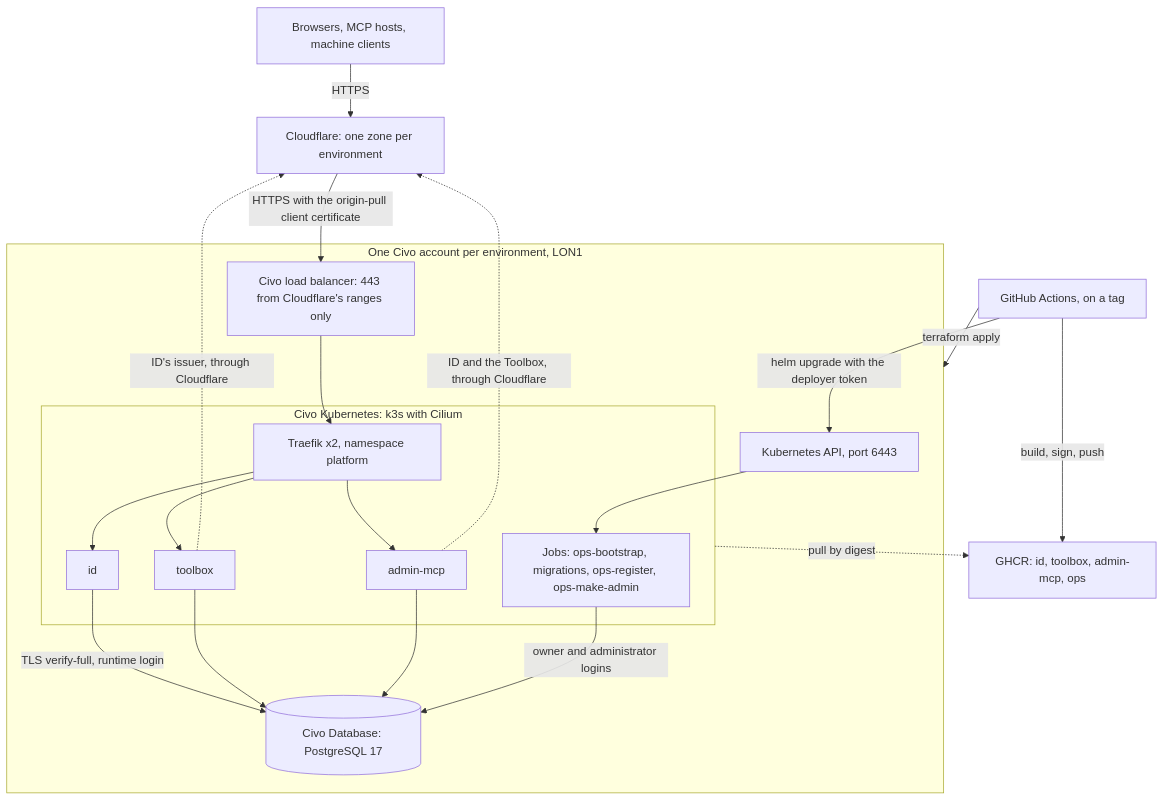
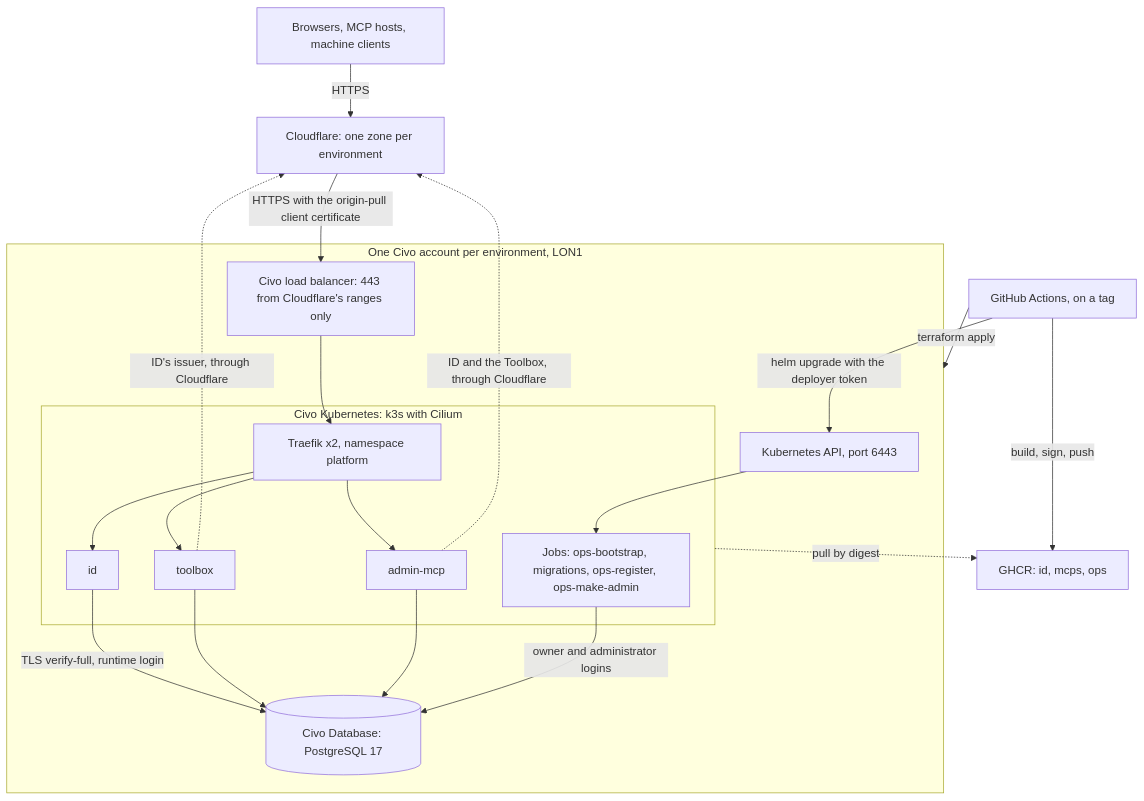
The diagram in docs/12-deployment.md (Rieranthony/answerable-monorepo), drawn with Mermaid before and after one commit. The commit also changed other lines of this file and 491 other files, not shown here.

First line of the commit message:
Type every service's configuration, and make, serve and ship MCPs with bun mcp (#13)

````diff
--- a/docs/12-deployment.md
+++ b/docs/12-deployment.md
@@ -33,36 +36,36 @@
 ```mermaid
 flowchart TB
   people["Browsers, MCP hosts, machine clients"]
   gha["GitHub Actions, on a tag"]
-  ghcr["GHCR: id, toolbox, admin-mcp, ops"]
+  ghcr["GHCR: id, mcps, ops"]
   cf["Cloudflare: one zone per environment"]
   subgraph civo["One Civo account per environment, LON1"]
     lb["Civo load balancer: 443 from Cloudflare's ranges only"]
     api["Kubernetes API, port 6443"]
     subgraph cluster["Civo Kubernetes: k3s with Cilium"]
       traefik["Traefik x2, namespace platform"]
       id["id"]
       toolbox["toolbox"]
       admin["admin-mcp"]
       jobs["Jobs: ops-bootstrap, migrations, ops-register, ops-make-admin"]
     end
     db[("Civo Database: PostgreSQL 17")]
   end
   people -->|HTTPS| cf
   cf -->|"HTTPS with the origin-pull client certificate"| lb
   lb --> traefik
   traefik --> id
   traefik --> toolbox
   traefik --> admin
   id -->|"TLS verify-full, runtime login"| db
   toolbox --> db
   admin --> db
   jobs -->|"owner and administrator logins"| db
   toolbox -.->|"ID's issuer, through Cloudflare"| cf
   admin -.->|"ID and the Toolbox, through Cloudflare"| cf
   gha -->|"terraform apply"| civo
   gha -->|"build, sign, push"| ghcr
   gha -->|"helm upgrade with the deployer token"| api
   api --> jobs
   cluster -.->|"pull by digest"| ghcr
 ```
````
